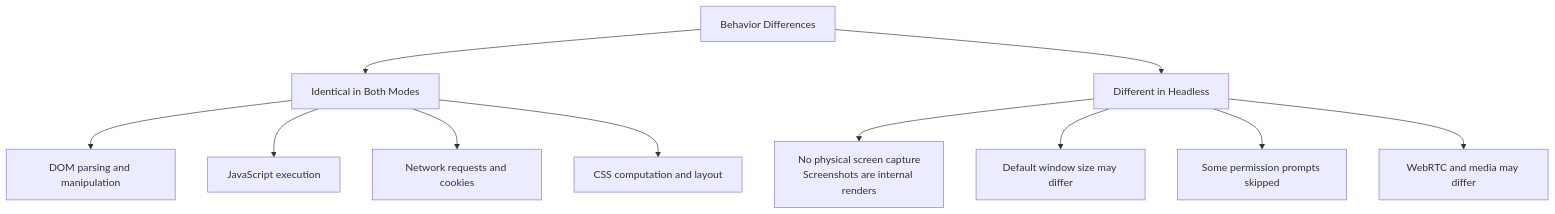
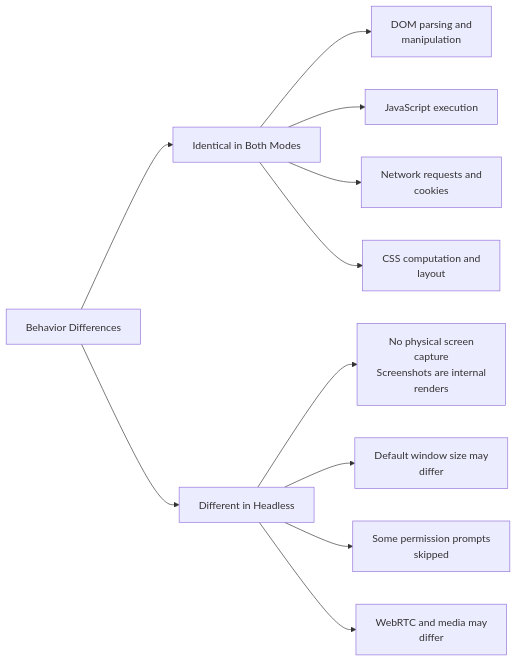
The third of 3 diagrams in _posts/2026-02-11-setting-up-headless-chromedriver-eliminating-browser-window.md (bytetunnels/bytetunnels.github.com), drawn with Mermaid before and after one commit. The commit also changed other lines of this file and 118 other files, not shown here.

Commit message:
feat: improve diagram styling and compact wide flowcharts

````diff
--- a/_posts/2026-02-11-setting-up-headless-chromedriver-eliminating-browser-window.md
+++ b/_posts/2026-02-11-setting-up-headless-chromedriver-eliminating-browser-window.md
@@ -306,16 +306,16 @@
 ```mermaid
-graph TB
+graph LR
     A[Behavior Differences]
     A --> B[Identical in Both Modes]
     A --> C[Different in Headless]
 
-    B --> D[DOM parsing and manipulation]
+    B --> D["DOM parsing and<br/>manipulation"]
     B --> E[JavaScript execution]
-    B --> F[Network requests and cookies]
-    B --> G[CSS computation and layout]
+    B --> F["Network requests and<br/>cookies"]
+    B --> G["CSS computation and<br/>layout"]
 
-    C --> H[No physical screen capture<br>Screenshots are internal renders]
-    C --> I[Default window size may differ]
-    C --> J[Some permission prompts skipped]
-    C --> K[WebRTC and media may differ]
+    C --> H["No physical screen<br/>capture<br/>Screenshots are internal<br/>renders"]
+    C --> I["Default window size may<br/>differ"]
+    C --> J["Some permission prompts<br/>skipped"]
+    C --> K["WebRTC and media may<br/>differ"]
 ```
````
